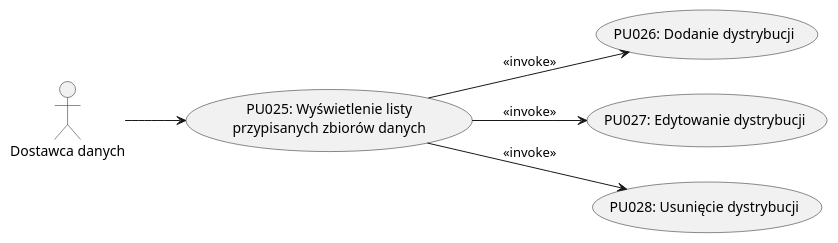
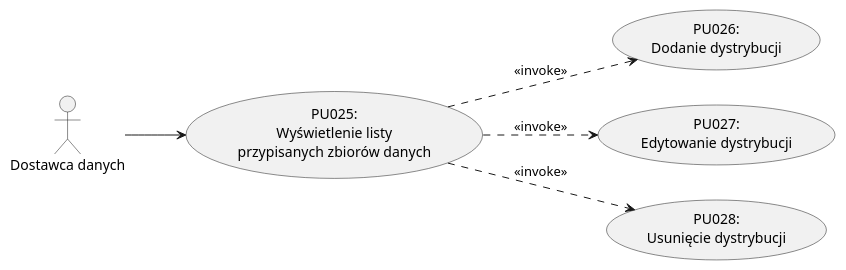
Before and after one commit to kokolodziejska/IWO: the diagram in 4. Diagramy Przypadkow/DostawcaDanych.puml, drawn with PlantUML. The commit also changed 6 other files, not shown here.

```diff
--- a/4. Diagramy Przypadkow/DostawcaDanych.puml
+++ b/4. Diagramy Przypadkow/DostawcaDanych.puml
@@ -1,17 +1,17 @@
 @startuml DostawcaDanych
 left to right direction
 
 actor "Dostawca danych" as Provider
 
-usecase "PU025: Wyświetlenie listy\nprzypisanych zbiorów danych" as PU025
-usecase "PU026: Dodanie dystrybucji" as PU026
-usecase "PU027: Edytowanie dystrybucji" as PU027
-usecase "PU028: Usunięcie dystrybucji" as PU028
+usecase "PU025:\nWyświetlenie listy\nprzypisanych zbiorów danych" as PU025
+usecase "PU026:\nDodanie dystrybucji" as PU026
+usecase "PU027:\nEdytowanie dystrybucji" as PU027
+usecase "PU028:\nUsunięcie dystrybucji" as PU028
 
 Provider --> PU025
 
-PU025 --> PU026 : <<invoke>>
-PU025 --> PU027 : <<invoke>>
-PU025 --> PU028 : <<invoke>>
+PU025 ..> PU026 : <<invoke>>
+PU025 ..> PU027 : <<invoke>>
+PU025 ..> PU028 : <<invoke>>
 
 @enduml
```
